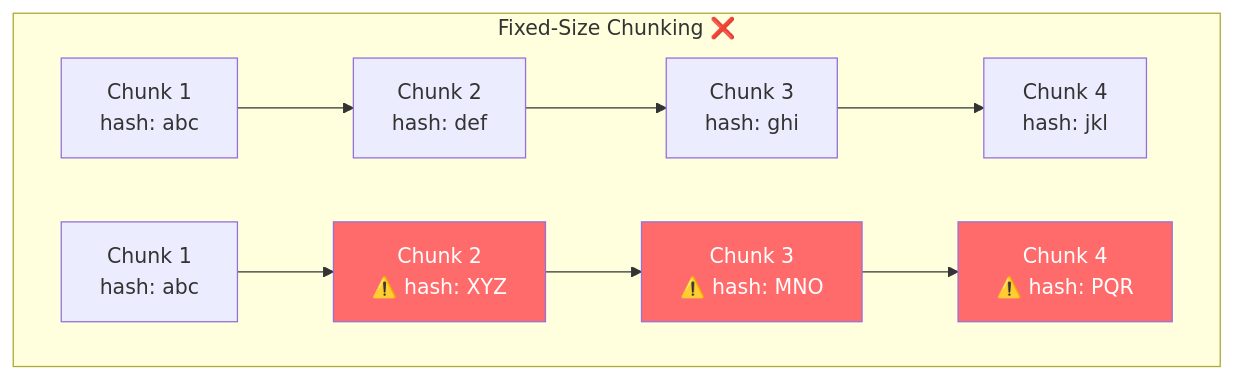
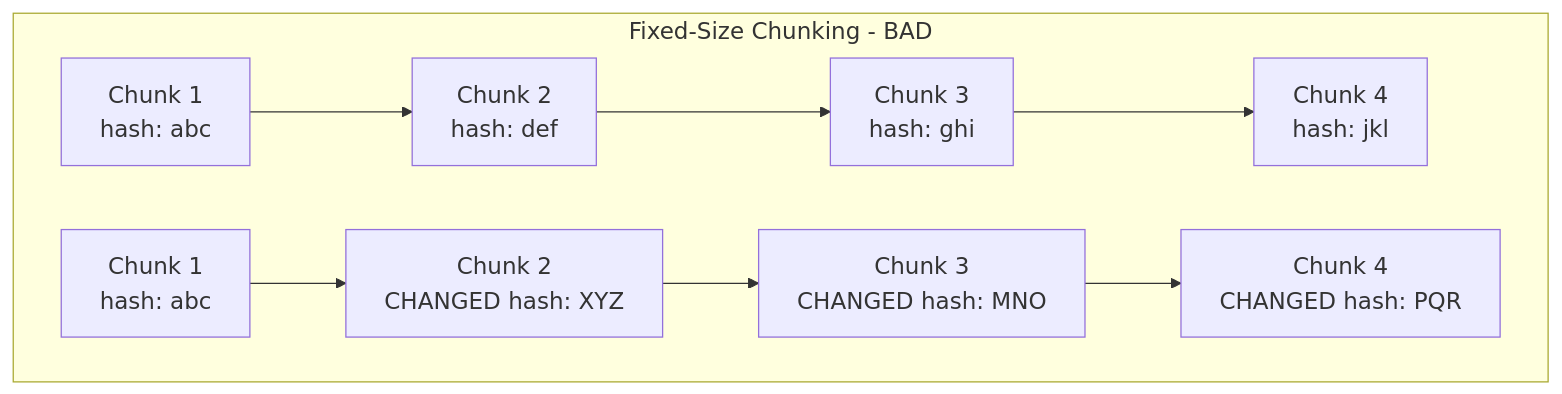
Diagram 11 of 15 in hld/dropbox.md (vipi-n/swe-101), drawn with Mermaid before and after one commit. The commit also changed other lines of this file, not shown here.

````diff
--- a/hld/dropbox.md
+++ b/hld/dropbox.md
@@ -748,17 +745,14 @@
 ```mermaid
+%%{init: {'theme': 'default', 'themeVariables': {'fontSize': '18px'}}}%%
 graph LR
-    subgraph "Fixed-Size Chunking ❌"
+    subgraph "Fixed-Size Chunking - BAD"
         direction LR
         F1["Chunk 1<br/>hash: abc"] --> F2["Chunk 2<br/>hash: def"]
         F2 --> F3["Chunk 3<br/>hash: ghi"]
         F3 --> F4["Chunk 4<br/>hash: jkl"]
 
-        F1b["Chunk 1<br/>hash: abc"] --> F2b["Chunk 2<br/>⚠️ hash: XYZ"]
-        F2b --> F3b["Chunk 3<br/>⚠️ hash: MNO"]
-        F3b --> F4b["Chunk 4<br/>⚠️ hash: PQR"]
+        F1b["Chunk 1<br/>hash: abc"] --> F2b["Chunk 2<br/>CHANGED hash: XYZ"]
+        F2b --> F3b["Chunk 3<br/>CHANGED hash: MNO"]
+        F3b --> F4b["Chunk 4<br/>CHANGED hash: PQR"]
     end
-
-    style F2b fill:#ff6b6b,color:#fff
-    style F3b fill:#ff6b6b,color:#fff
-    style F4b fill:#ff6b6b,color:#fff
 ```
````
